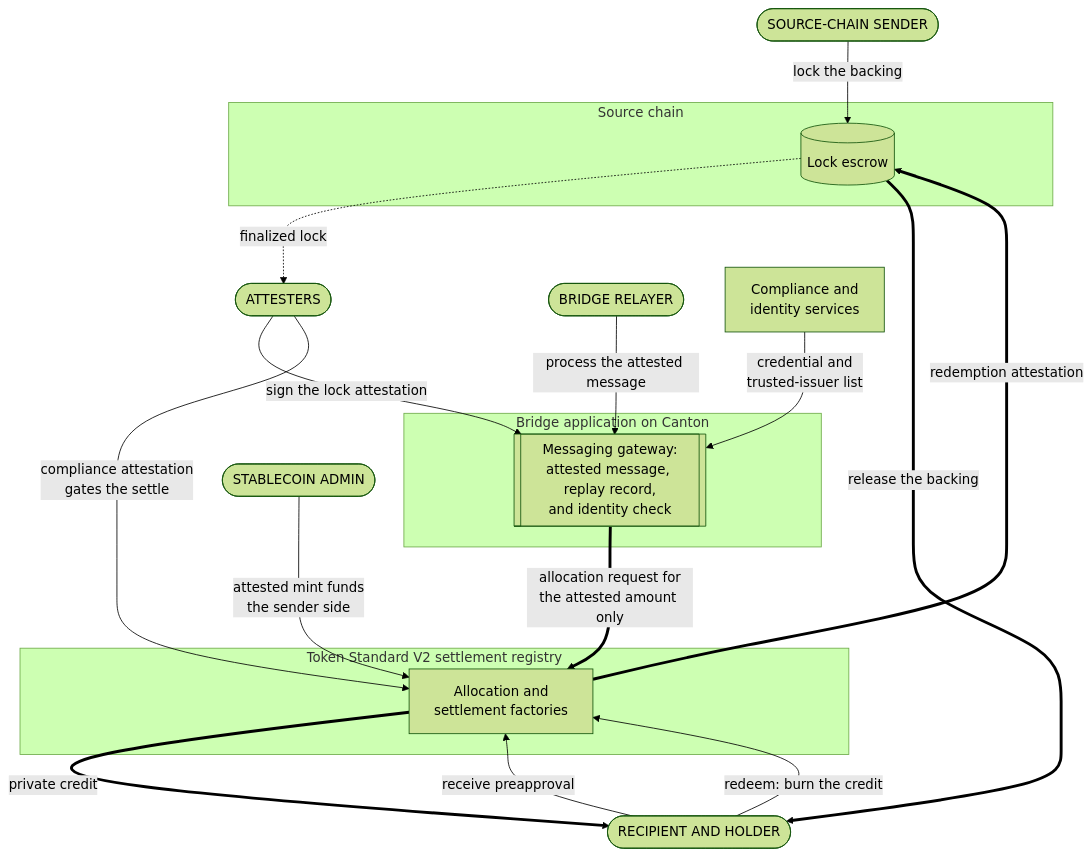
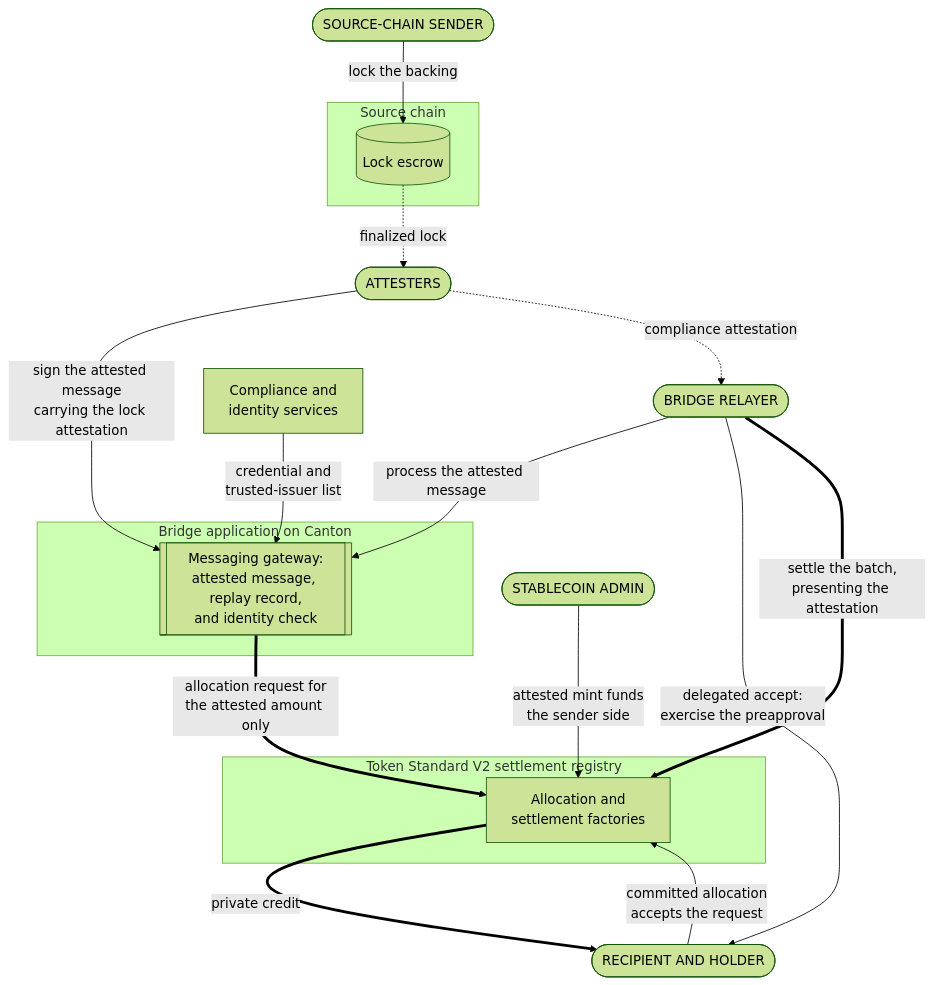
Before and after one commit to OpenZeppelin/canton-specs: the first of 4 diagrams in docs/reference-architectures/cross-chain-stablecoin.md, drawn with Mermaid (forest theme). The commit also changed other lines of this file, not shown here.

First line of the commit message:
Split the architecture overview into an inbound graph and an outbound graph.

````diff
--- a/docs/reference-architectures/cross-chain-stablecoin.md
+++ b/docs/reference-architectures/cross-chain-stablecoin.md
@@ -102,35 +102,34 @@
 ```mermaid
 flowchart TB
     Sender([SOURCE-CHAIN SENDER])
     Attesters([ATTESTERS])
     Relayer([BRIDGE RELAYER])
     Recipient([RECIPIENT AND HOLDER])
     Admin([STABLECOIN ADMIN])
     Services["Compliance and<br/>identity services"]
 
     subgraph Source["Source chain"]
         Escrow[("Lock escrow")]
     end
 
     subgraph App["Bridge application on Canton"]
         Gateway[["Messaging gateway:<br/>attested message, replay record,<br/>and identity check"]]
     end
 
     subgraph Assets["Token Standard V2 settlement registry"]
         Settle["Allocation and<br/>settlement factories"]
     end
 
     Sender -->|"lock the backing"| Escrow
     Escrow -.->|"finalized lock"| Attesters
-    Attesters -->|"sign the lock attestation"| Gateway
+    Attesters -->|"sign the attested message<br/>carrying the lock attestation"| Gateway
     Services -->|"credential and<br/>trusted-issuer list"| Gateway
     Relayer -->|"process the attested message"| Gateway
     Gateway ==>|"allocation request for<br/>the attested amount only"| Settle
-    Recipient -->|"receive preapproval"| Settle
+    Relayer -->|"delegated accept:<br/>exercise the preapproval"| Recipient
+    Recipient -->|"committed allocation<br/>accepts the request"| Settle
     Admin -->|"attested mint funds<br/>the sender side"| Settle
-    Attesters -->|"compliance attestation<br/>gates the settle"| Settle
+    Attesters -.->|"compliance attestation"| Relayer
+    Relayer ==>|"settle the batch,<br/>presenting the attestation"| Settle
     Settle ==>|"private credit"| Recipient
-    Recipient -->|"redeem: burn the credit"| Settle
-    Settle ==>|"redemption attestation"| Escrow
-    Escrow ==>|"release the backing"| Recipient
 ```
````
